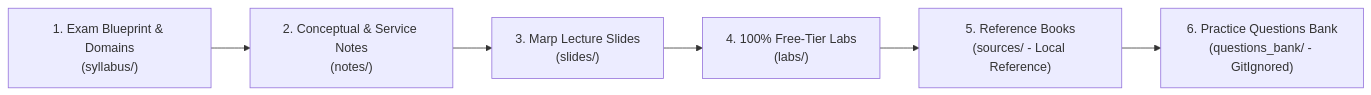
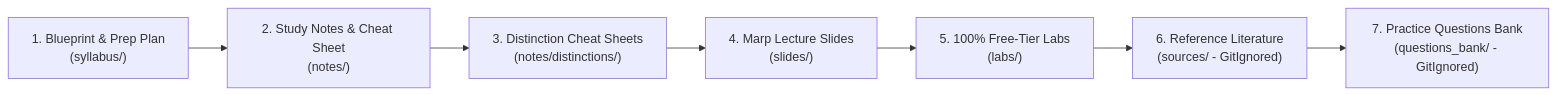
One commit to fakhruldeen/AWS changed the diagram in cloud/foundation/README.md. Above: the diagram before and after it, drawn with Mermaid. The commit also changed other lines of this file and 20 other files, not shown here.

Commit message:
feat(foundation): add comprehensive CLF-C02 training notes, distinction cheat sheets, slides, labs, and syllabus alignment

````diff
--- a/cloud/foundation/README.md
+++ b/cloud/foundation/README.md
@@ -14,8 +14,9 @@
 ```mermaid
 flowchart LR
-    Syllabus["1. Exam Blueprint & Domains\n(syllabus/)"] --> Notes["2. Conceptual & Service Notes\n(notes/)"]
-    Notes --> Slides["3. Marp Lecture Slides\n(slides/)"]
-    Slides --> Labs["4. 100% Free-Tier Labs\n(labs/)"]
-    Labs --> Refs["5. Reference Books\n(sources/ - Local Reference)"]
-    Refs --> Questions["6. Practice Questions Bank\n(questions_bank/ - GitIgnored)"]
+    Syllabus["1. Blueprint & Prep Plan\n(syllabus/)"] --> Notes["2. Study Notes & Cheat Sheet\n(notes/)"]
+    Notes --> Distinctions["3. Distinction Cheat Sheets\n(notes/distinctions/)"]
+    Distinctions --> Slides["4. Marp Lecture Slides\n(slides/)"]
+    Slides --> Labs["5. 100% Free-Tier Labs\n(labs/)"]
+    Labs --> Refs["6. Reference Literature\n(sources/ - GitIgnored)"]
+    Refs --> Questions["7. Practice Questions Bank\n(questions_bank/ - GitIgnored)"]
 ```
````
